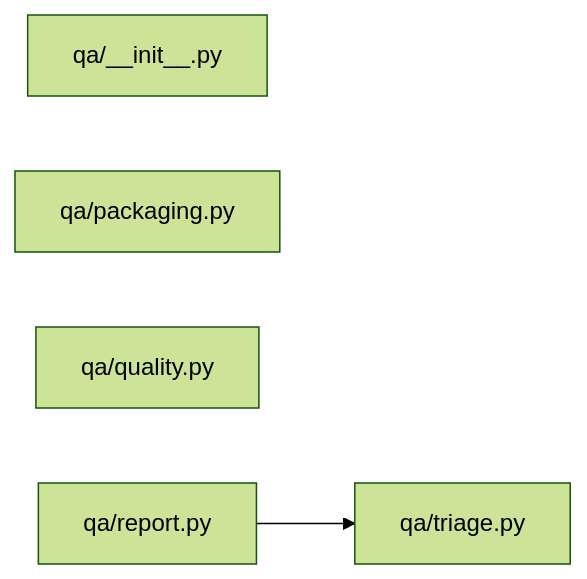
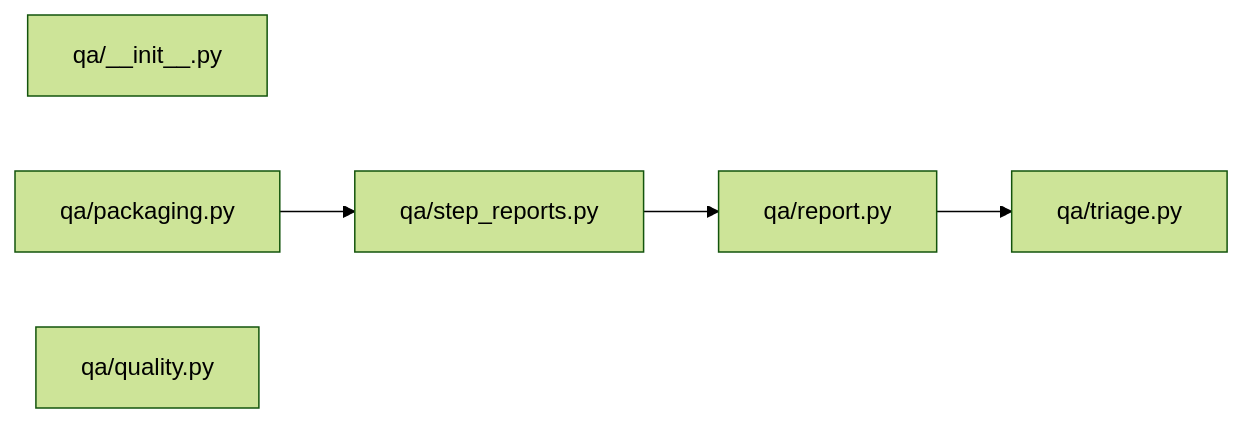
Diagram 14 of 21 in docs/ARCHITECTURE_MAP.md (sarveshtalele/maf-harness-testing), drawn with Mermaid (forest theme) before and after one commit. The commit also changed other lines of this file and 22 other files, not shown here.

Commit message:
Per-step deterministic QA reports from templates; fix report accuracy; drop JUnit labelling for non-Java stacks

````diff
--- a/docs/ARCHITECTURE_MAP.md
+++ b/docs/ARCHITECTURE_MAP.md
@@ -357,9 +362,12 @@
 ```mermaid
 flowchart LR
   f0["qa/__init__.py"]
   f1["qa/packaging.py"]
   f2["qa/quality.py"]
   f3["qa/report.py"]
-  f4["qa/triage.py"]
-  f3 --> f4
+  f4["qa/step_reports.py"]
+  f5["qa/triage.py"]
+  f1 --> f4
+  f3 --> f5
+  f4 --> f3
 ```
````
